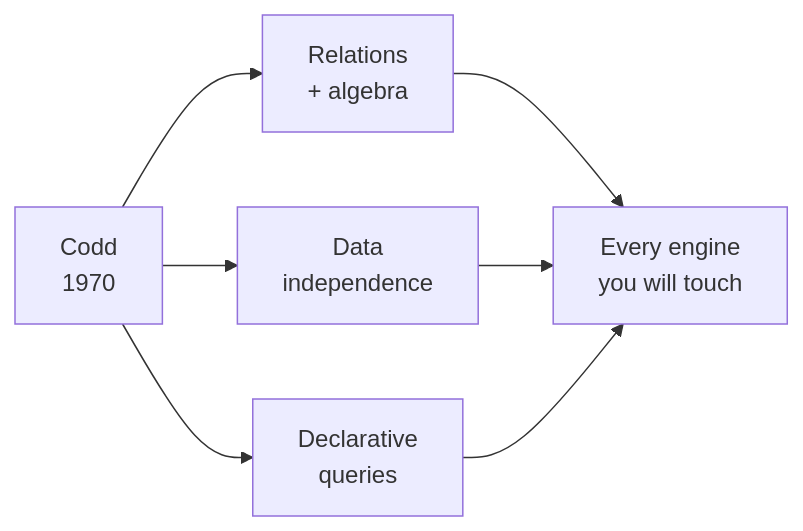
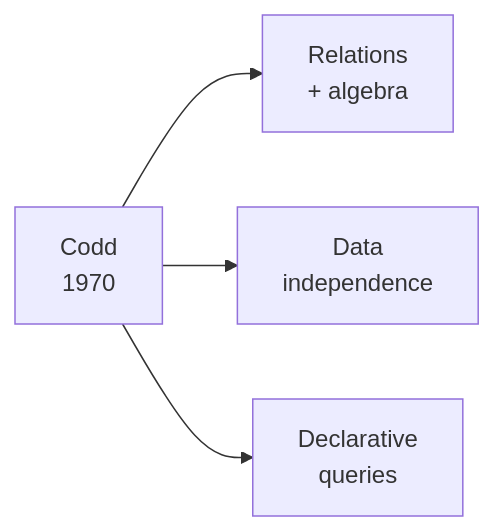
One commit to ufdatastudio/cop5725fa26 changed diagram 20 of 20 in lecture-outlines/day2-database-history/slides.md. Above: the diagram before and after it, drawn with Mermaid. The commit also changed other lines of this file and 50 other files, not shown here.

````diff
--- a/lecture-outlines/day2-database-history/slides.md
+++ b/lecture-outlines/day2-database-history/slides.md
@@ -1403,9 +1403,6 @@
 ```mermaid
 graph LR
   C70["Codd<br/>1970"] --> RM["Relations<br/>+ algebra"]
   C70 --> DI["Data<br/>independence"]
   C70 --> DEC["Declarative<br/>queries"]
-  RM --> NOW["Every engine<br/>you will touch"]
-  DI --> NOW
-  DEC --> NOW
 ```
````
